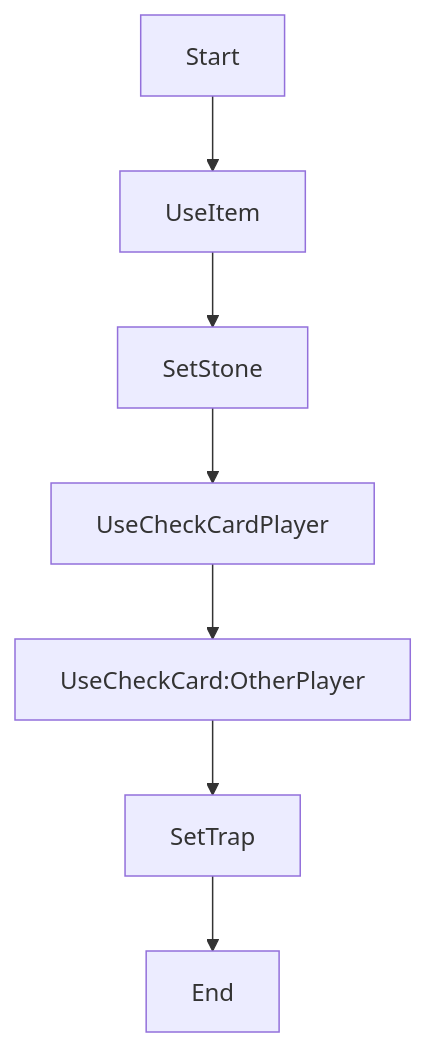
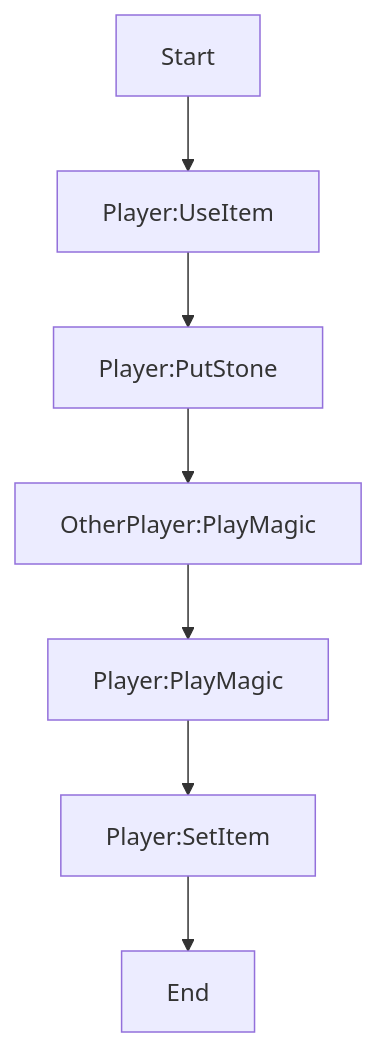
One commit to Chronoss0518/SpinnerOfTherNightSky changed the first of 3 diagrams in README.md. Above: the diagram before and after it, drawn with Mermaid. The commit also changed other lines of this file, not shown here.

````diff
--- a/README.md
+++ b/README.md
@@ -148,14 +145,14 @@
 ``` mermaid
 graph TD;
 
-Player[UseCheckCardPlayer]
-OtherPlayer[UseCheckCard:OtherPlayer]
+Player[Player:PlayMagic]
+OtherPlayer[OtherPlayer:PlayMagic]
 
-Start-->UseItem
-UseItem-->SetStone
-SetStone-->Player
-Player-->OtherPlayer
-OtherPlayer-->SetTrap
-SetTrap-->End
+Start-->Player:UseItem
+Player:UseItem-->Player:PutStone
+Player:PutStone-->OtherPlayer
+OtherPlayer-->Player
+Player-->Player:SetItem
+Player:SetItem-->End
 
 ```
````
